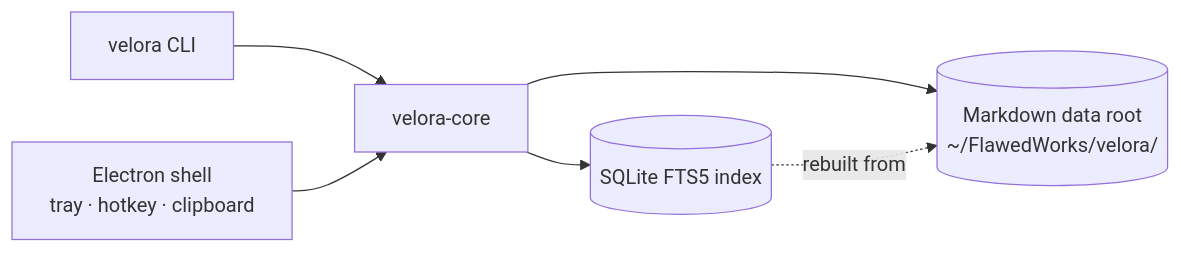
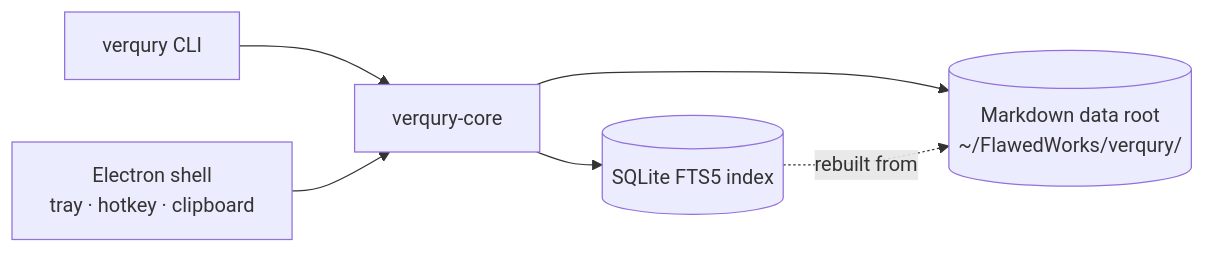
One commit to spanklitch/verqury changed the diagram in README.md. Above: the diagram before and after it, drawn with Mermaid. The commit also changed other lines of this file and 18 other files, not shown here.

First line of the commit message:
Rename product Velora → Verqury

````diff
--- a/README.md
+++ b/README.md
@@ -47,8 +47,8 @@
 ```mermaid
 flowchart LR
-    CLI[velora CLI] --> CORE[velora-core]
+    CLI[verqury CLI] --> CORE[verqury-core]
     APP[Electron shell<br/>tray · hotkey · clipboard] --> CORE
-    CORE --> FILES[(Markdown data root<br/>~/FlawedWorks/velora/)]
+    CORE --> FILES[(Markdown data root<br/>~/FlawedWorks/verqury/)]
     CORE --> IDX[(SQLite FTS5 index)]
     IDX -. rebuilt from .-> FILES
 ```
````
